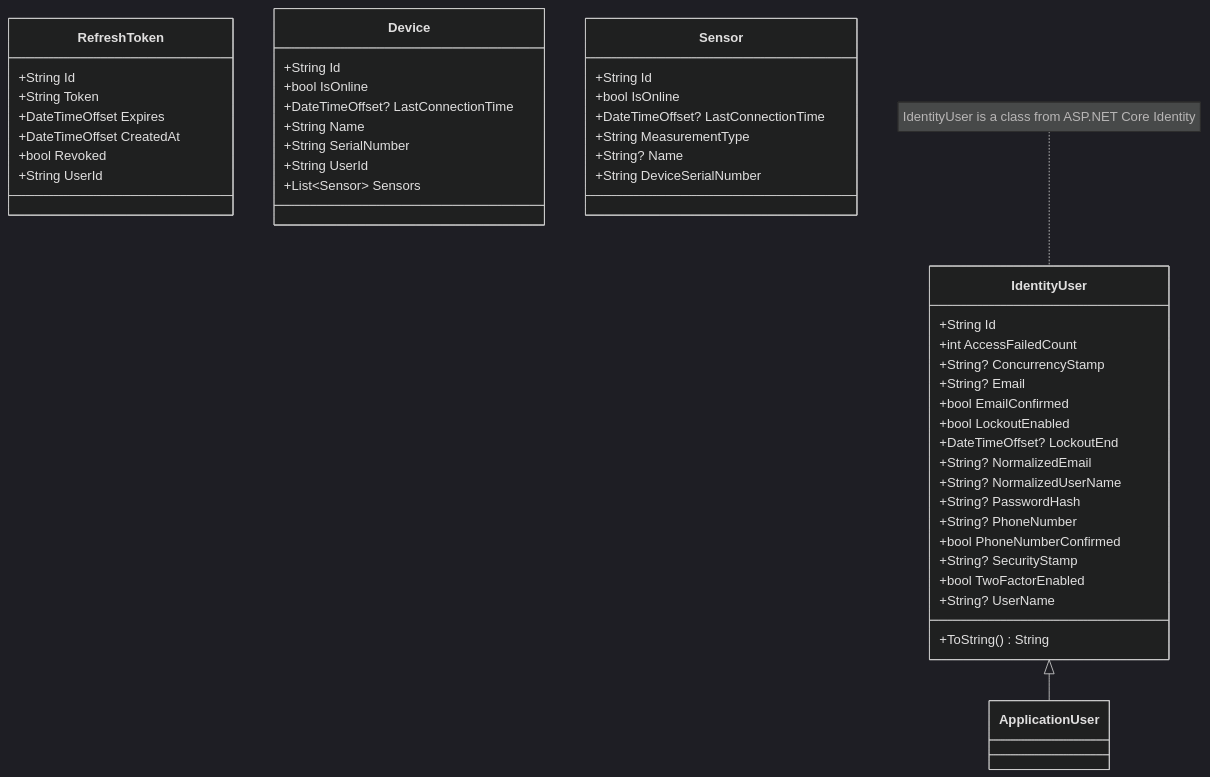
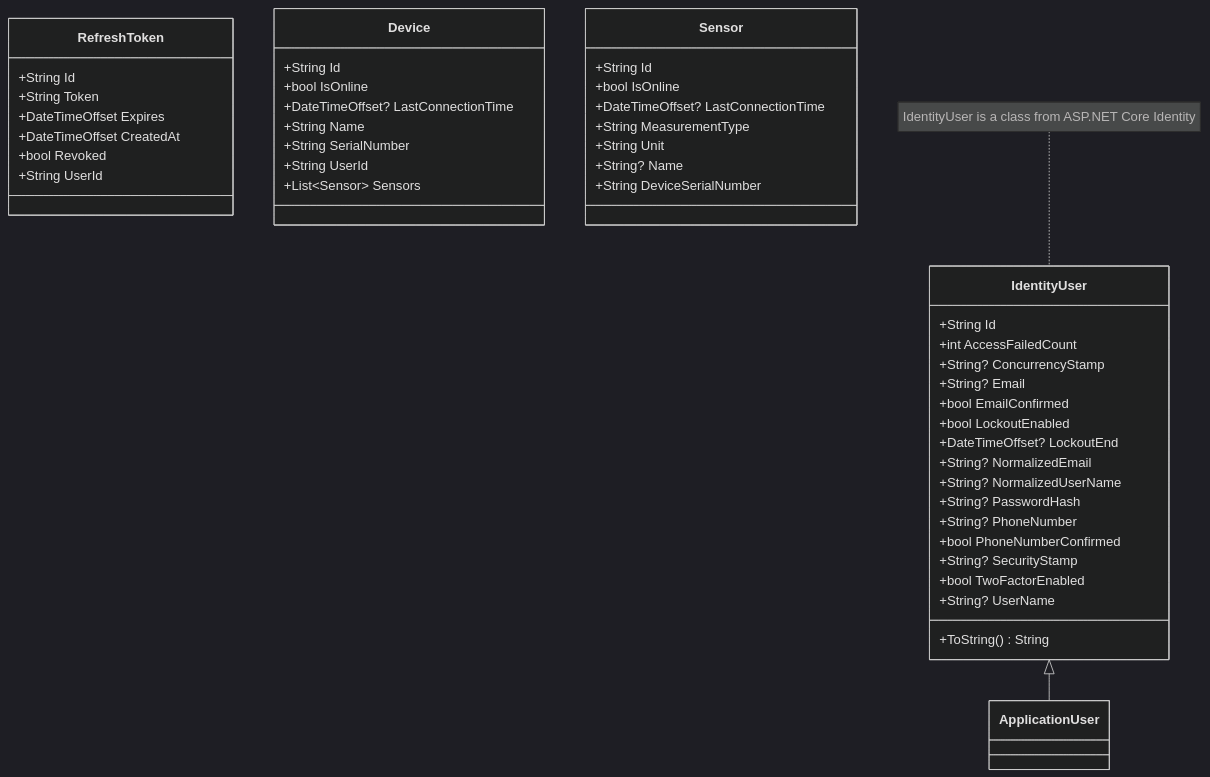
One commit to paavkar/IoTDeviceManager changed the first of 2 diagrams in README.md. Above: the diagram before and after it, drawn with Mermaid (dark theme). The commit also changed 9 other files, not shown here.

````diff
--- a/README.md
+++ b/README.md
@@ -16,58 +16,59 @@
 ```mermaid
 classDiagram
 IdentityUser <|-- ApplicationUser
 
 note for IdentityUser "IdentityUser is a class from ASP.NET Core Identity"
 
 class IdentityUser {
     +String Id
     +int AccessFailedCount
     +String? ConcurrencyStamp
     +String? Email
     +bool EmailConfirmed
     +bool LockoutEnabled
     +DateTimeOffset? LockoutEnd
     +String? NormalizedEmail
     +String? NormalizedUserName
     +String? PasswordHash
     +String? PhoneNumber
     +bool PhoneNumberConfirmed
     +String? SecurityStamp
     +bool TwoFactorEnabled
     +String? UserName
 
     +ToString() String
 }
 
 class ApplicationUser
 
 class RefreshToken {
     +String Id
     +String Token
     +DateTimeOffset Expires
     +DateTimeOffset CreatedAt
     +bool Revoked
     +String UserId
 }
 
 class Device {
     +String Id
     +bool IsOnline
     +DateTimeOffset? LastConnectionTime
     +String Name
     +String SerialNumber
     +String UserId
 
     +List~Sensor~ Sensors
 }
 
 class Sensor {
     +String Id
     +bool IsOnline
     +DateTimeOffset? LastConnectionTime
     +String MeasurementType
+    +String Unit
     +String? Name
 
     +String DeviceSerialNumber
 }
 ```
````
